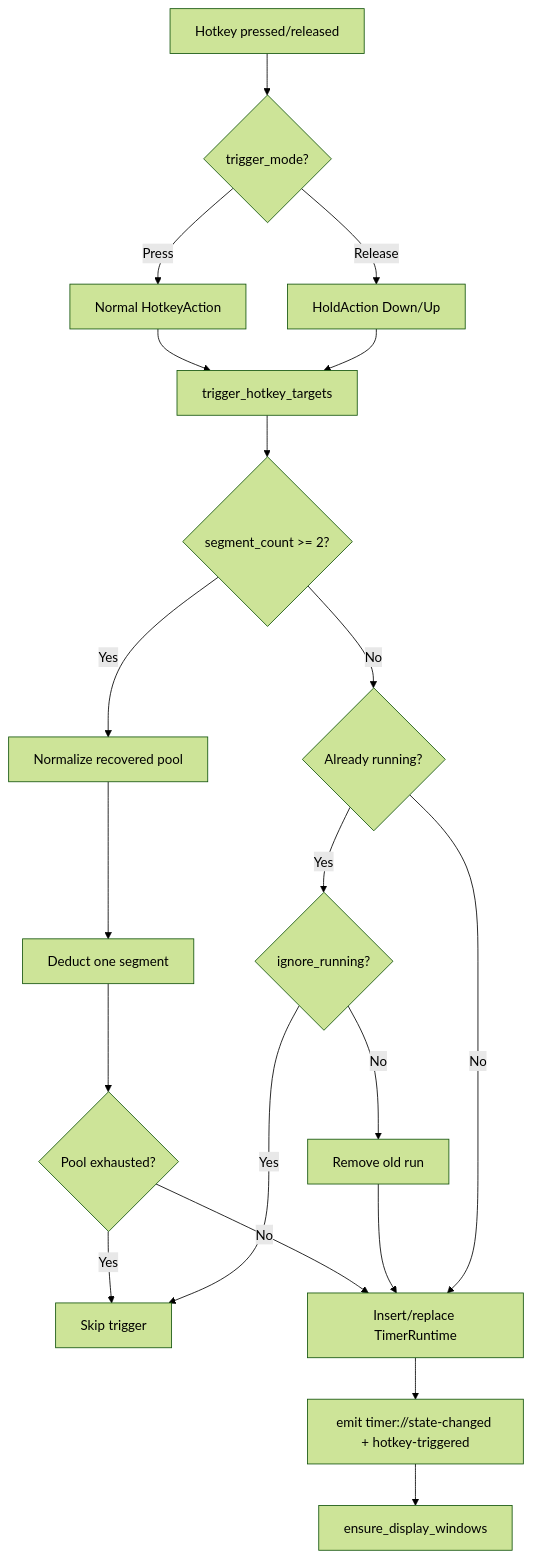
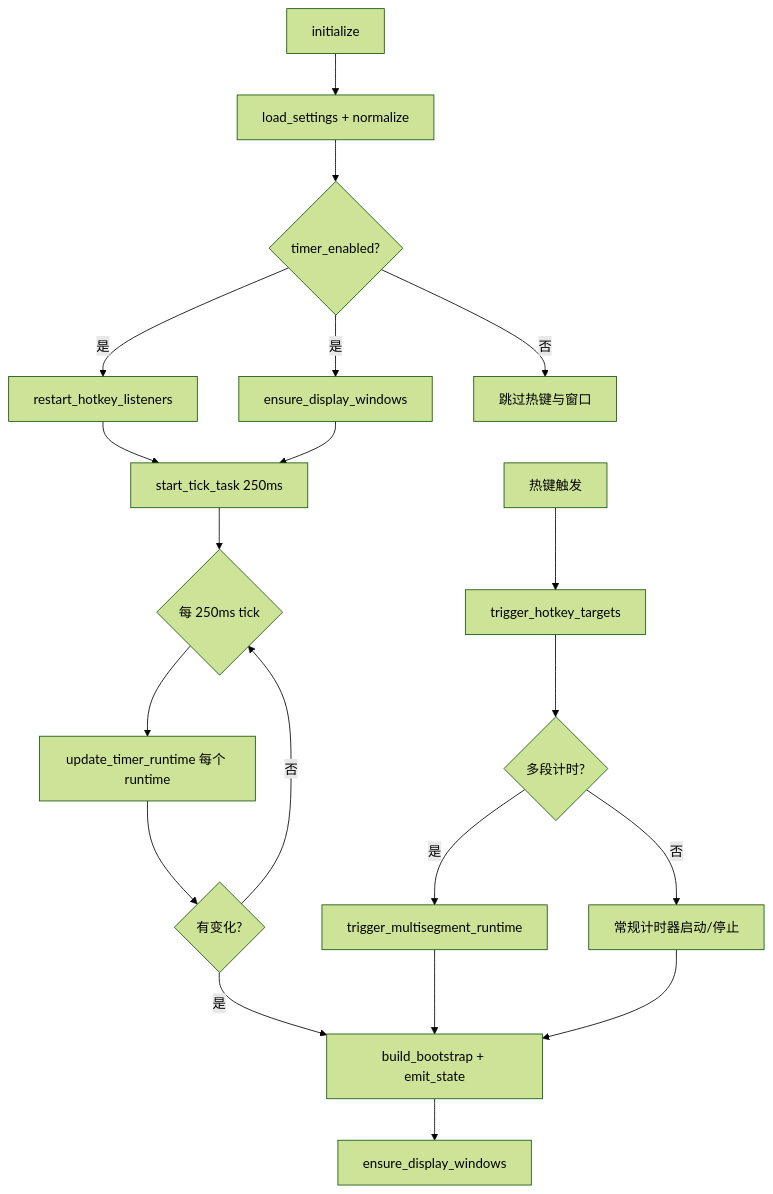
The diagram in droid-wiki/features/timer.md (IZRINO/delta-auto-tools), drawn with Mermaid (forest theme) before and after one commit. The commit also changed other lines of this file and 36 other files, not shown here.

````diff
--- a/droid-wiki/features/timer.md
+++ b/droid-wiki/features/timer.md
@@ -91,22 +55,24 @@
 ```mermaid
-flowchart TB
-    A[Hotkey pressed/released] --> B{trigger_mode?}
-    B -- Press --> C[Normal HotkeyAction]
-    B -- Release --> D[HoldAction Down/Up]
-    C --> E[trigger_hotkey_targets]
-    D --> E
-    E --> F{segment_count >= 2?}
-    F -- Yes --> G[Normalize recovered pool]
-    G --> H[Deduct one segment]
-    H --> I{Pool exhausted?}
-    I -- Yes --> J[Skip trigger]
-    I -- No --> K[Insert/replace TimerRuntime]
-    F -- No --> L{Already running?}
-    L -- Yes --> M{ignore_running?}
-    M -- Yes --> J
-    M -- No --> N[Remove old run]
-    N --> K
-    L -- No --> K
-    K --> O[emit timer://state-changed + hotkey-triggered]
-    O --> P[ensure_display_windows]
+flowchart TD
+    A[initialize] --> B[load_settings + normalize]
+    B --> C{timer_enabled?}
+    C -- 是 --> D[restart_hotkey_listeners]
+    C -- 是 --> E[ensure_display_windows]
+    C -- 否 --> F[跳过热键与窗口]
+    D --> G[start_tick_task 250ms]
+    E --> G
+
+    G --> H{每 250ms tick}
+    H --> I[update_timer_runtime 每个 runtime]
+    I --> J{有变化?}
+    J -- 是 --> K[build_bootstrap + emit_state]
+    J -- 否 --> H
+
+    L[热键触发] --> M[trigger_hotkey_targets]
+    M --> N{多段计时?}
+    N -- 是 --> O[trigger_multisegment_runtime]
+    N -- 否 --> P[常规计时器启动/停止]
+    O --> K
+    P --> K
+    K --> Q[ensure_display_windows]
 ```
````
